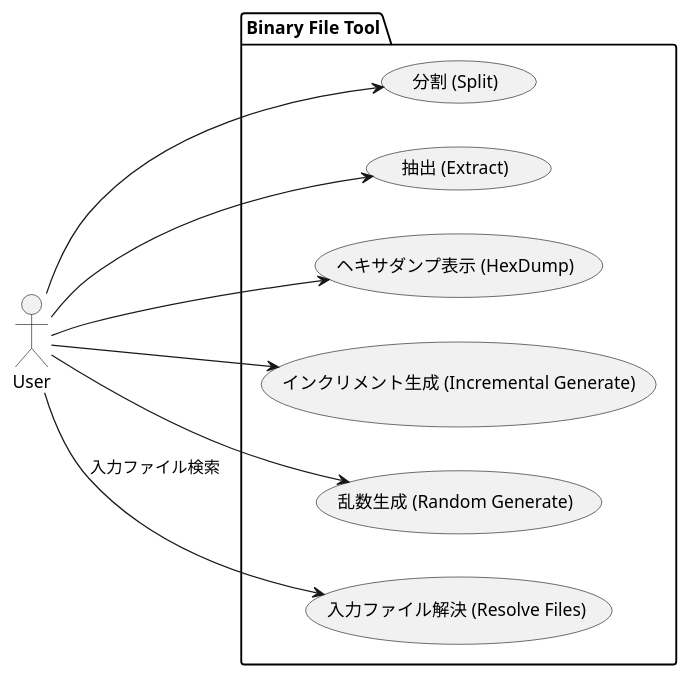
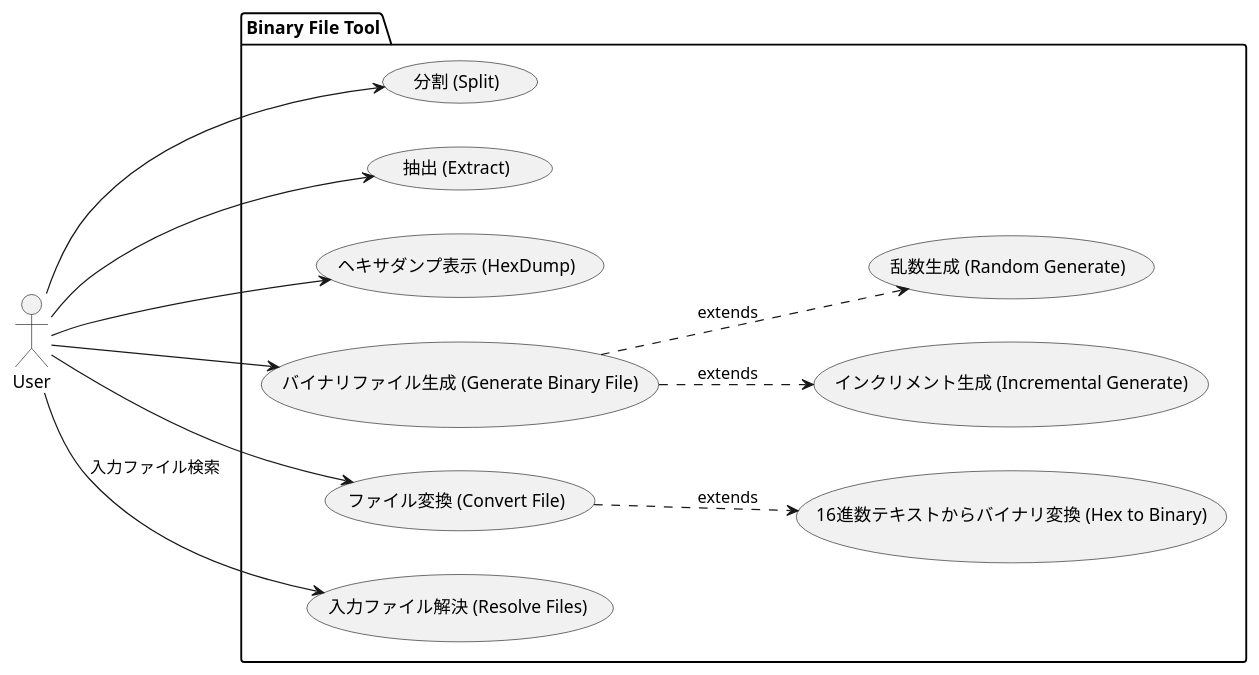
One commit to hiromaru8/Python changed the diagram in binary_file_tool/doc/usecase/usecase.puml. Above: the diagram before and after it, drawn with PlantUML. The commit also changed 3 other files, not shown here.

```diff
--- a/binary_file_tool/doc/usecase/usecase.puml
+++ b/binary_file_tool/doc/usecase/usecase.puml
@@ -1,28 +1,35 @@
 @startuml binary_file_tool_usecase
 
 left to right direction
 
 actor User
 
 package "Binary File Tool" {
     usecase "分割 (Split)" as UC_Split
     usecase "抽出 (Extract)" as UC_Extract
     usecase "ヘキサダンプ表示 (HexDump)" as UC_HexDump
-    
+
+    usecase "バイナリファイル生成 (Generate Binary File)" as UC_Generate
     usecase "インクリメント生成 (Incremental Generate)" as UC_IncrementalGenerate
     usecase "乱数生成 (Random Generate)" as UC_RandomGenerate
+
+    usecase "ファイル変換 (Convert File)" as UC_ConvertFile
+    usecase "16進数テキストからバイナリ変換 (Hex to Binary)" as UC_HexToBinary
     
     usecase "入力ファイル解決 (Resolve Files)" as UC_FileResolve
 }
 
 User --> UC_FileResolve : 入力ファイル検索
 
 User --> UC_Split
 User --> UC_Extract
 User --> UC_HexDump
 
-User --> UC_IncrementalGenerate
-User --> UC_RandomGenerate
+User --> UC_Generate
+UC_Generate .-> UC_IncrementalGenerate  : extends
+UC_Generate .-> UC_RandomGenerate  : extends
 
+User --> UC_ConvertFile
+UC_ConvertFile .-> UC_HexToBinary : extends
 
 @enduml
```
